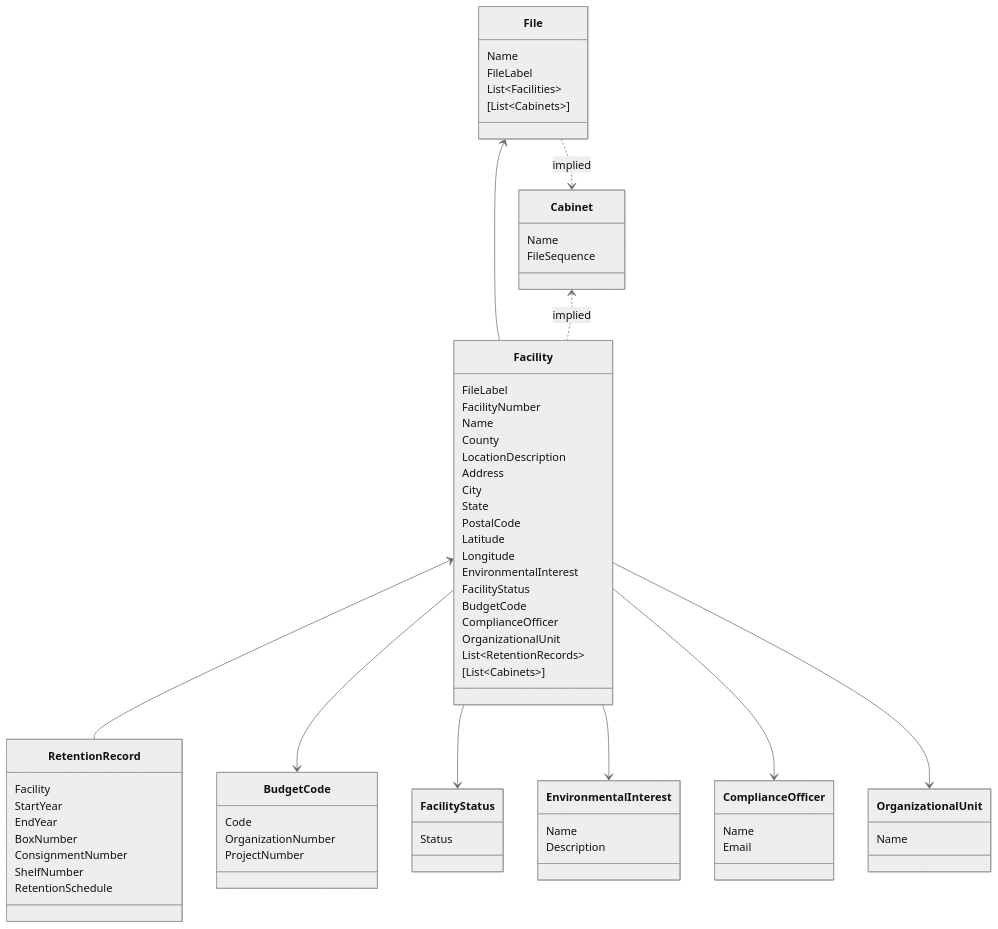
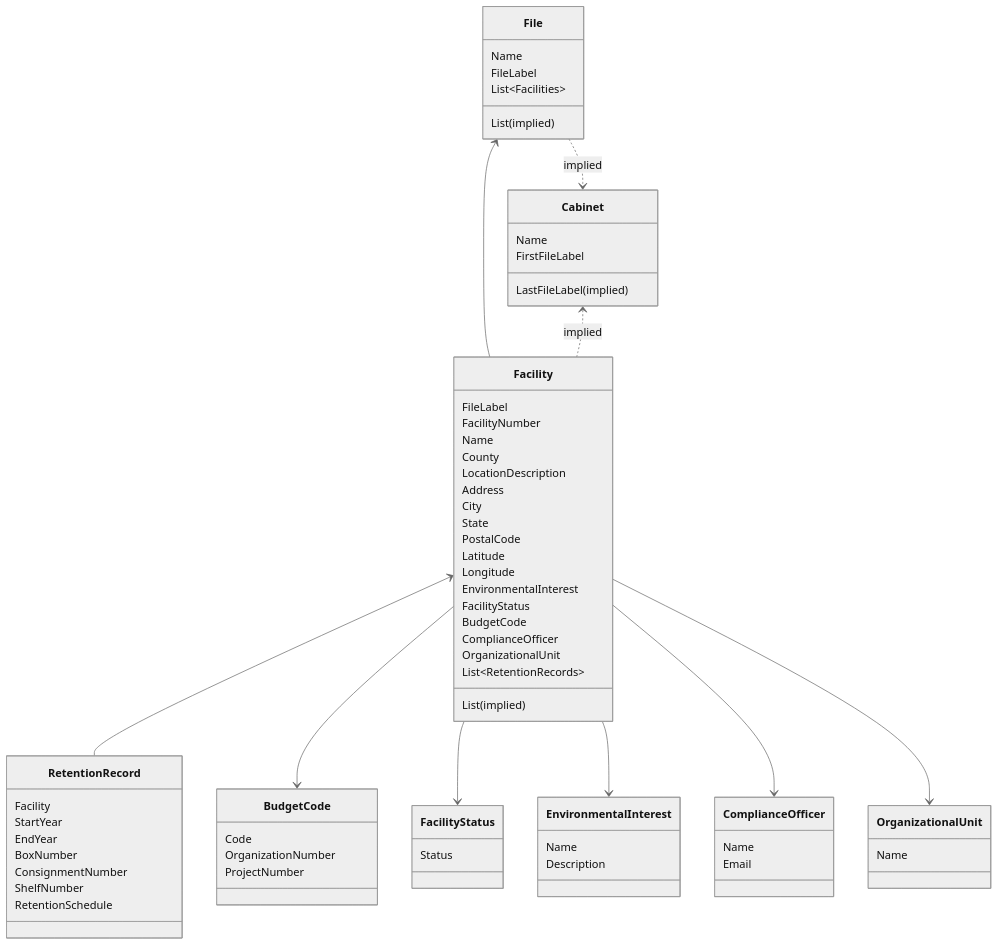
The diagram in docs/ER-diagram.md (gaepdit/FMS), drawn with Mermaid (neutral theme) before and after one commit. The commit also changed 7 other files, not shown here.

```diff
--- a/docs/ER-diagram.md
+++ b/docs/ER-diagram.md
@@ -20,12 +20,15 @@
     Name
     FileLabel
     List~Facilities~
-    [List~Cabinets~]
+
+    List<Cabinets> (implied)
 }
 
 class Cabinet {
     Name
-    FileSequence
+    FirstFileLabel
+
+    LastFileLabel (implied)
 }
 
 class Facility {
@@ -46,7 +49,8 @@
     ComplianceOfficer
     OrganizationalUnit
     List~RetentionRecords~
-    [List~Cabinets~]
+
+    List<Cabinets> (implied)
 }
 
 class RetentionRecord {
```
